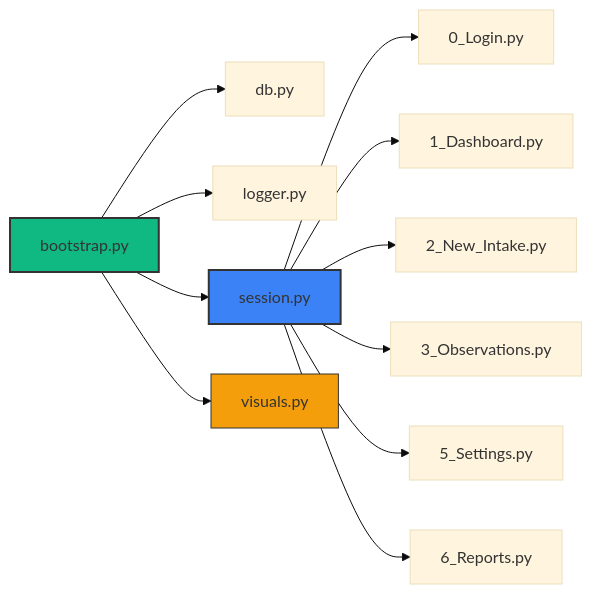
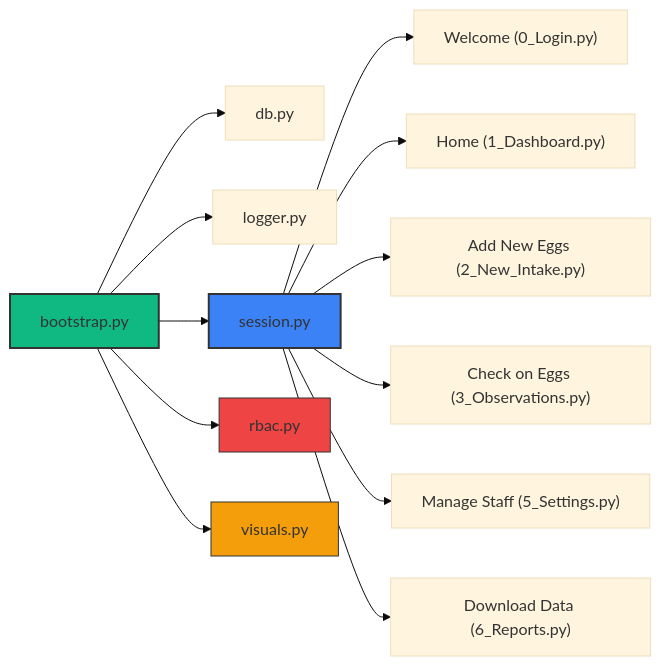
The second of 4 diagrams in docs/design/SYSTEM_DESIGN_SPEC.md (khowland/turtle-egg-incubator-vault), drawn with Mermaid (base theme) before and after one commit. The commit also changed other lines of this file and 14 other files, not shown here.

````diff
--- a/docs/design/SYSTEM_DESIGN_SPEC.md
+++ b/docs/design/SYSTEM_DESIGN_SPEC.md
@@ -36,18 +36,20 @@
 ```mermaid
 graph LR
     BS[bootstrap.py] --> DB[db.py]
     BS --> SL[logger.py]
     BS --> SS[session.py]
+    BS --> RB[rbac.py]
     BS --> VS[visuals.py]
     
-    SS --> L[0_Login.py]
-    SS --> D[1_Dashboard.py]
-    SS --> I[2_New_Intake.py]
-    SS --> O[3_Observations.py]
-    SS --> S[5_Settings.py]
-    SS --> R[6_Reports.py]
+    SS --> L["Welcome (0_Login.py)"]
+    SS --> D["Home (1_Dashboard.py)"]
+    SS --> I["Add New Eggs (2_New_Intake.py)"]
+    SS --> O["Check on Eggs (3_Observations.py)"]
+    SS --> S["Manage Staff (5_Settings.py)"]
+    SS --> R["Download Data (6_Reports.py)"]
 
     style BS fill:#10b981,stroke:#333,stroke-width:2px
     style SS fill:#3b82f6,stroke:#333,stroke-width:2px
     style VS fill:#f59e0b,stroke:#333,stroke-width:1px
+    style RB fill:#ef4444,stroke:#333,stroke-width:1px
 ```
````
